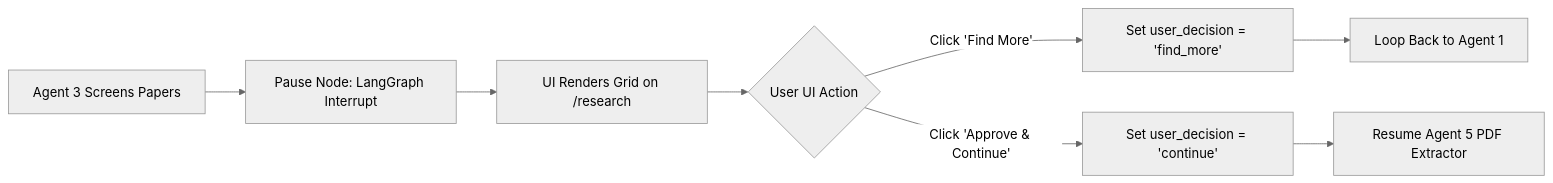
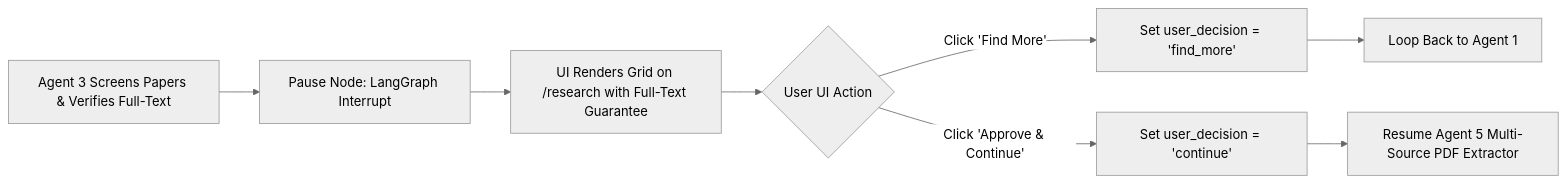
The second of 3 diagrams in docs/ai.md (saumyashah0510/Multi-Agent-Research-System-Architecture), drawn with Mermaid (neutral theme) before and after one commit. The commit also changed other lines of this file and 5 other files, not shown here.

Commit message:
docs: update multi-source resolver design, full-text gatekeeper, and fix mermaid diagrams

````diff
--- a/docs/ai.md
+++ b/docs/ai.md
@@ -182,8 +182,8 @@
 ```mermaid
 flowchart LR
-    Screen[Agent 3 Screens Papers] --> Pause[Pause Node: LangGraph Interrupt]
-    Pause --> UI[UI Renders Grid on /research]
-    UI --> Choice{User UI Action}
-    Choice -->|Click 'Find More'| Loop[Set user_decision = 'find_more'] --> ReQuery[Loop Back to Agent 1]
-    Choice -->|Click 'Approve & Continue'| Resume[Set user_decision = 'continue'] --> Step5[Resume Agent 5 PDF Extractor]
+    Screen["Agent 3 Screens Papers & Verifies Full-Text"] --> Pause["Pause Node: LangGraph Interrupt"]
+    Pause --> UI["UI Renders Grid on /research with Full-Text Guarantee"]
+    UI --> Choice{"User UI Action"}
+    Choice -->|Click 'Find More'| Loop["Set user_decision = 'find_more'"] --> ReQuery["Loop Back to Agent 1"]
+    Choice -->|Click 'Approve & Continue'| Resume["Set user_decision = 'continue'"] --> Step5["Resume Agent 5 Multi-Source PDF Extractor"]
 ```
````
